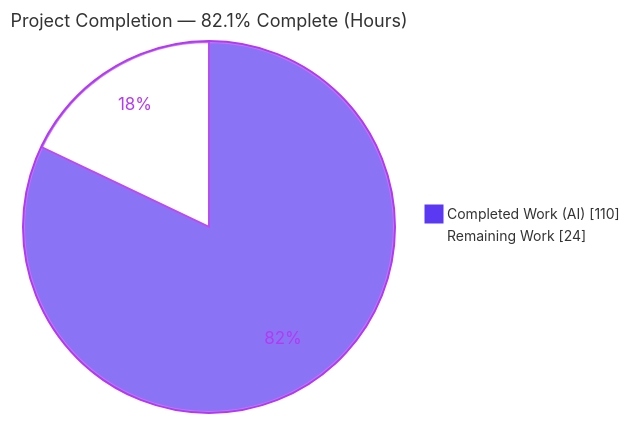
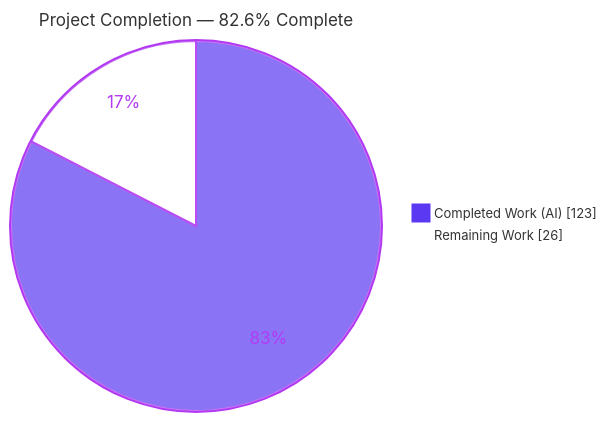
The first of 4 diagrams in blitzy/documentation/Project Guide.md (blitzy-public-samples/ardupilot-blitzy), drawn with Mermaid before and after one commit. The commit also changed other lines of this file, not shown here.

Commit message:
Blitzy Project Guide: final AfsimL1 status assessment (82.6% complete, 123/149 h)

````diff
--- a/blitzy/documentation/Project Guide.md
+++ b/blitzy/documentation/Project Guide.md
@@ -17,6 +18,6 @@
 ```mermaid
-%%{init: {'theme':'base', 'themeVariables': {'pie1':'#5B39F3','pie2':'#FFFFFF','pieStrokeColor':'#B23AF2','pieOuterStrokeColor':'#B23AF2','pieStrokeWidth':'2px','pieSectionTextColor':'#B23AF2','pieTitleTextSize':'18px','pieLegendTextSize':'14px'}}}%%
-pie showData title Project Completion — 82.1% Complete (Hours)
-    "Completed Work (AI)" : 110
-    "Remaining Work" : 24
+%%{init: {'theme':'base','themeVariables':{'pie1':'#5B39F3','pie2':'#FFFFFF','pieStrokeColor':'#B23AF2','pieOuterStrokeColor':'#B23AF2','pieStrokeWidth':'2px','pieSectionTextColor':'#B23AF2','pieTitleTextSize':'17px','pieLegendTextSize':'13px'}}}%%
+pie showData title Project Completion — 82.6% Complete
+    "Completed Work (AI)" : 123
+    "Remaining Work" : 26
 ```
````
